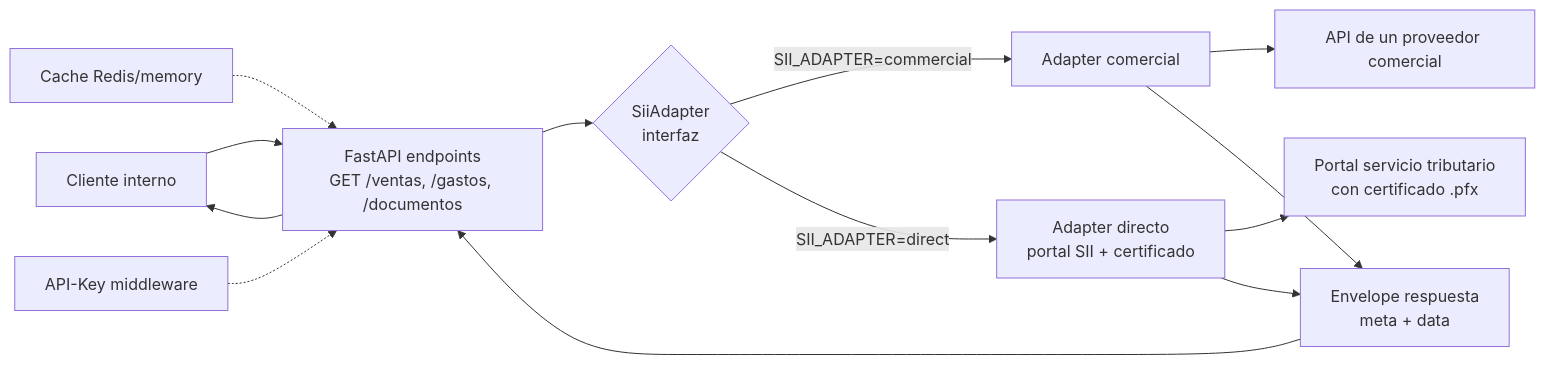
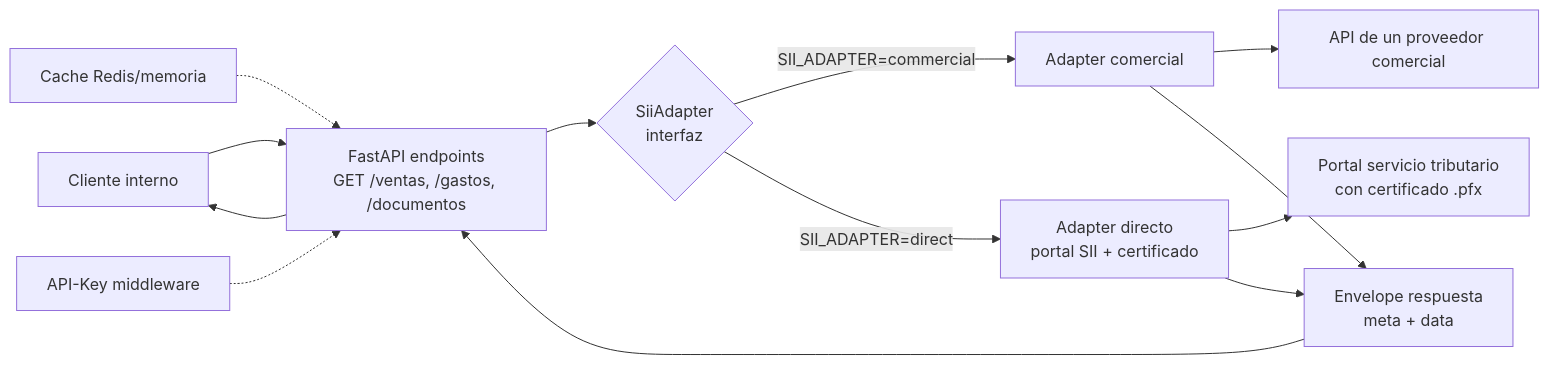
The diagram in case-studies/05-adapter-pattern-sii.md (jpfiguer/portfolio), drawn with Mermaid before and after one commit. The commit also changed other lines of this file and 5 other files, not shown here.

````diff
--- a/case-studies/05-adapter-pattern-sii.md
+++ b/case-studies/05-adapter-pattern-sii.md
@@ -26,15 +27,15 @@
 ```mermaid
 flowchart LR
   A[Cliente interno] --> B[FastAPI endpoints<br/>GET /ventas, /gastos, /documentos]
   B --> C{SiiAdapter<br/>interfaz}
   C -->|SII_ADAPTER=commercial| D[Adapter comercial]
   C -->|SII_ADAPTER=direct| E[Adapter directo<br/>portal SII + certificado]
   D --> F[API de un proveedor comercial]
   E --> G[Portal servicio tributario<br/>con certificado .pfx]
   D & E --> H[Envelope respuesta<br/>meta + data]
   H --> B
   B --> A
 
-  I[Cache Redis/memory] -.-> B
+  I[Cache Redis/memoria] -.-> B
   J[API-Key middleware] -.-> B
 ```
````
